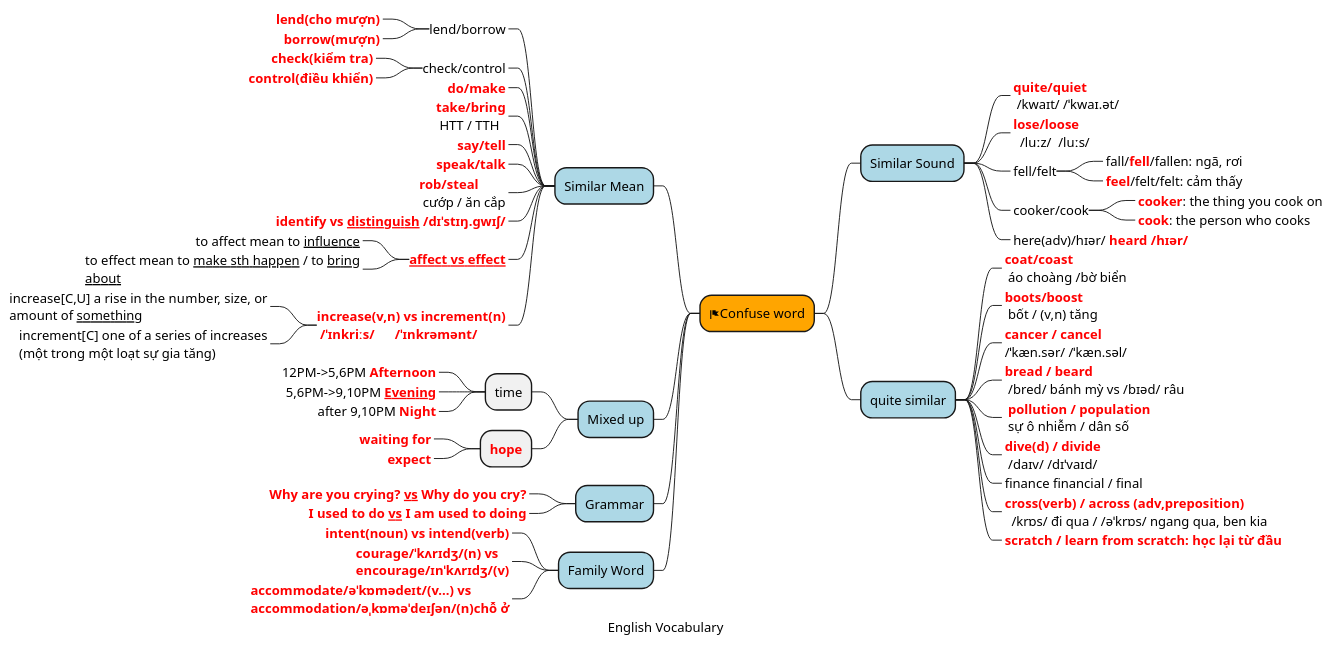
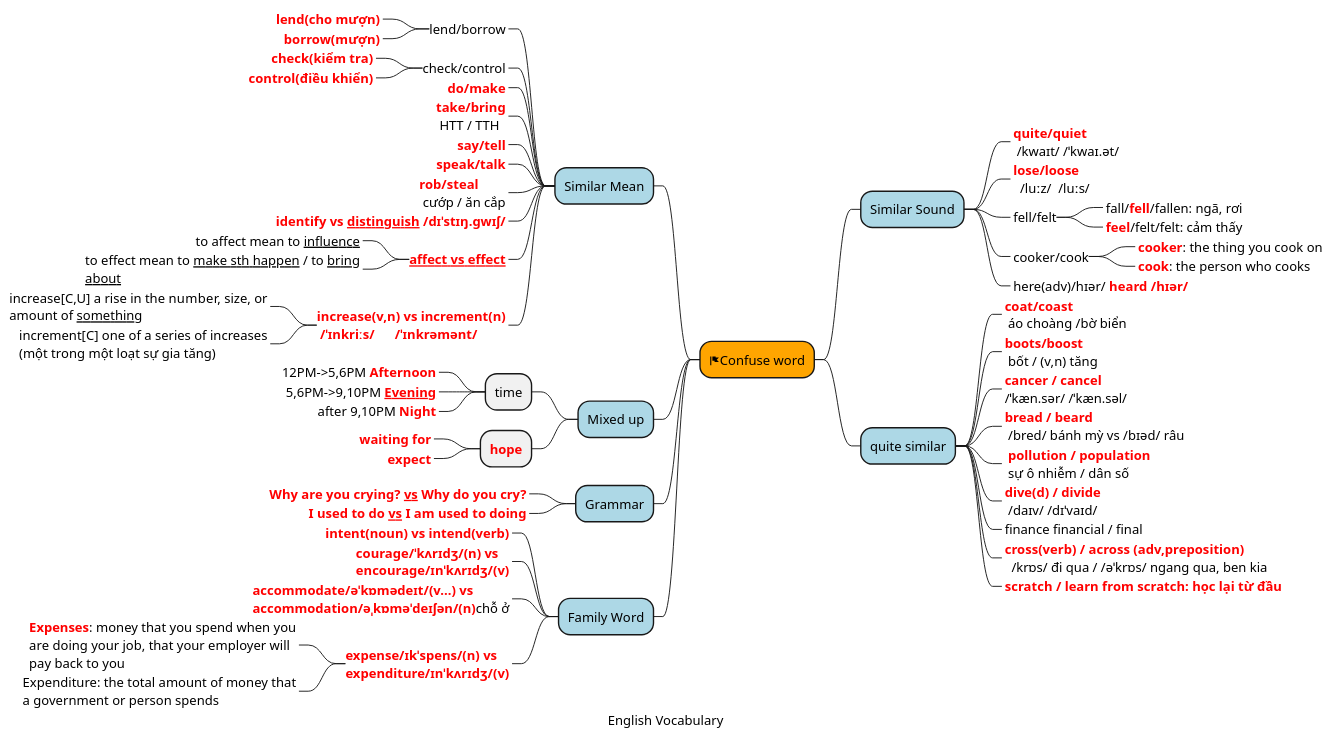
One commit to thanhnv2210/MyPlantuml changed the diagram in src/English/FirstPhrase01/12_Grammar_03_confuse_word.puml. Above: the diagram before and after it, drawn with PlantUML. The commit also changed 7 other files, not shown here.

```diff
--- a/src/English/FirstPhrase01/12_Grammar_03_confuse_word.puml
+++ b/src/English/FirstPhrase01/12_Grammar_03_confuse_word.puml
@@ -1,73 +1,78 @@
 @startmindmap
 caption English Vocabulary
 'title Human
 skinparam {
     wrapWidth 300
 }
 
 *[#Orange] <&flag>Confuse word
 
 **[#lightblue] Similar Sound
 ***_ <b><color:red>quite/quiet \n /kwaɪt/ /ˈkwaɪ.ət/
 ***_ <b><color:red>lose/loose \n  /luːz/  /luːs/
 ***_ fell/felt
 ****_ fall/<b><color:red>fell</b>/fallen: ngã, rơi
 ****_ <b><color:red>feel</b>/felt/felt: cảm thấy
 ***_ cooker/cook
 ****_ <b><color:red>cooker</b>: the thing you cook on
 ****_ <b><color:red>cook</b>: the person who cooks
 ***_ here(adv)/hɪər/ <b><color:red>heard /hɪər/
 
 left side
 **[#lightblue] Similar Mean
 ***_ lend/borrow
 ****_ <b><color:red>lend(cho mượn)
 ****_ <b><color:red>borrow(mượn)
 ***_ check/control
 ****_ <b><color:red>check(kiểm tra)
 ****_ <b><color:red>control(điều khiển)
 
 ***_ <b><color:red>do/make
 ***_ <b><color:red>take/bring \n HTT / TTH
 ***_ <b><color:red>say/tell
 ***_ <b><color:red>speak/talk
 ***_ <b><color:red>rob/steal \n cướp / ăn cắp
 ***_ <b><color:red>identify vs __distinguish__ /dɪˈstɪŋ.ɡwɪʃ/
 ***_ <b><color:red>__affect vs effect__
 ****_ to affect mean to __influence__
 ****_ to effect mean to __make sth happen__ / to __bring about__
 ***_ <b><color:red>increase(v,n) vs increment(n)\n <b><color:red>/ˈɪnkriːs/      /ˈɪnkrəmənt/
 ****_ increase[C,U] a rise in the number, size, or amount of __something__
 ****_ increment[C] one of a series of increases (một trong một loạt sự gia tăng)
 
 **[#lightblue] Mixed up
 *** time
 ****_ 12PM->5,6PM<b><color:red> Afternoon
 ****_ 5,6PM->9,10PM<b><color:red> __Evening__
 ****_ after 9,10PM<b><color:red> Night
 *** <b><color:red>hope
 ****_ <b><color:red>waiting for
 ****_ <b><color:red>expect
 
 right side
 **[#lightblue] quite similar
 ***_ <b><color:red>coat/coast \n áo choàng /bờ biển
 ***_ <b><color:red>boots/boost \n bốt / (v,n) tăng
 ***_ <b><color:red>cancer / cancel \n/ˈkæn.sər/ /ˈkæn.səl/
 ***_ <b><color:red>bread / beard \n /bred/ bánh mỳ vs /bɪəd/ râu
 ***_ <b><color:red> pollution / population \n sự ô nhiễm / dân số
 ***_ <b><color:red>dive(d) / divide \n /daɪv/ /dɪˈvaɪd/
 ***_ finance financial / final
 ***_ <b><color:red>cross(verb) / across (adv,preposition) \n  /krɒs/ đi qua / /əˈkrɒs/ ngang qua, ben kia
 ***_ <b><color:red>scratch / learn from scratch: học lại từ đầu
 
 left side
 **[#lightblue] Grammar
 ***_ <b><color:red> Why are you crying? __vs__ Why do you cry?
 ***_ <b><color:red> I used to do __vs__ I am used to doing
 
 **[#lightblue] Family Word
 ***_ <b><color:red> intent(noun) vs intend(verb)
 ***_ <b><color:red>courage/ˈkʌrɪdʒ/(n) vs encourage/ɪnˈkʌrɪdʒ/(v)
-***_ <b><color:red>accommodate/əˈkɒmədeɪt/(v...) vs accommodation/əˌkɒməˈdeɪʃən/(n)chỗ ở
+***_ <b><color:red>accommodate/əˈkɒmədeɪt/(v...) vs accommodation/əˌkɒməˈdeɪʃən/(n)</b>chỗ ở
+***_ <b><color:red>expense/ɪkˈspens/(n) vs expenditure/ɪnˈkʌrɪdʒ/(v)
+****_ <b><color:red>Expenses</b>: money that you spend when you are doing your job, that your employer will pay back to you
+****_ Expenditure: the total amount of money that a government or person spends
+'Expenses refer to the cost of goods or services that are used up in the process of generating revenue. Expenditure refers to the outflow of cash or other assets in order to make a purchase
+
 @endmindmap
```
